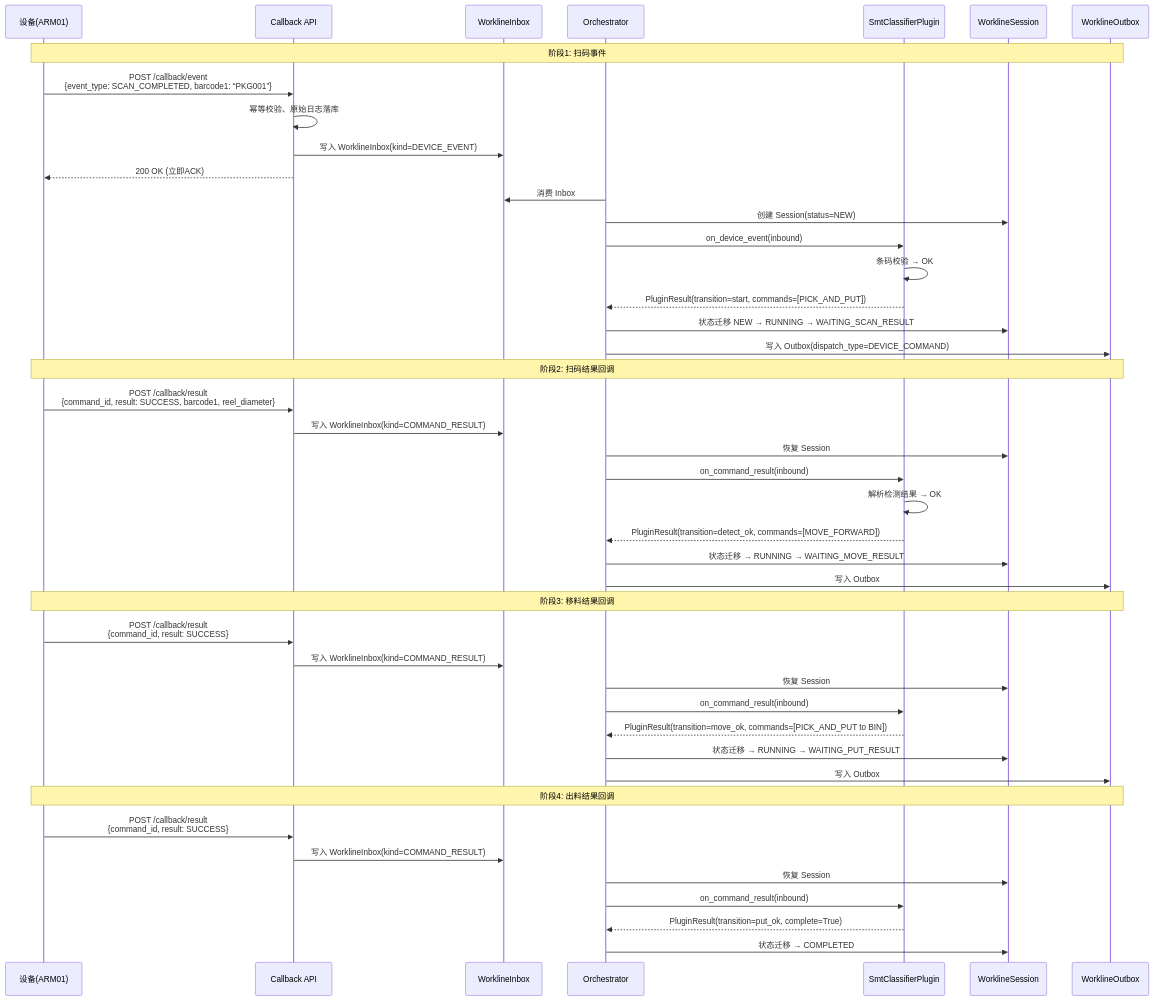
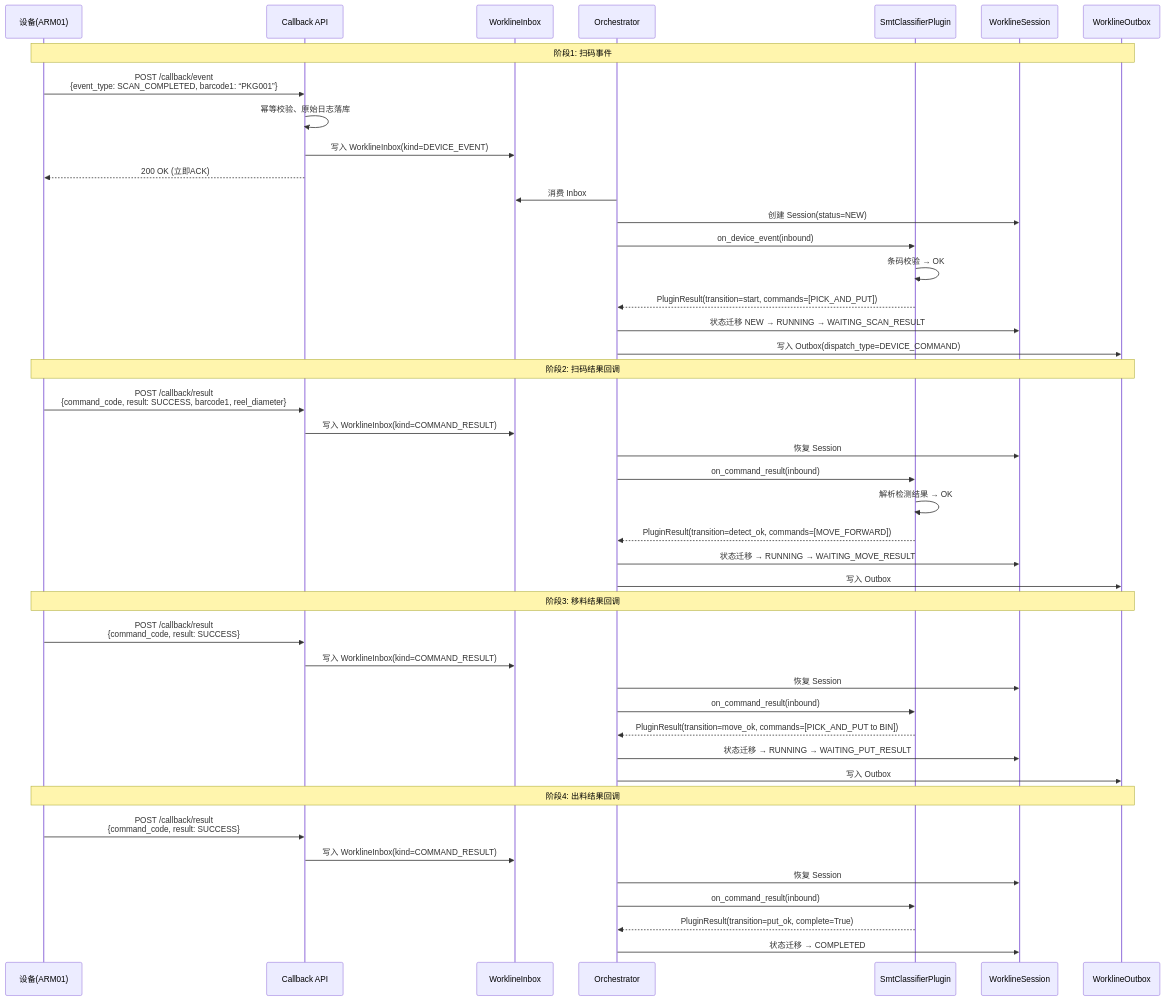
The third of 8 diagrams in docs/hardware/workline_topology_overview.md (kaizhoumasha/wes_backend), drawn with Mermaid before and after one commit. The commit also changed other lines of this file and 6 other files, not shown here.

````diff
--- a/docs/hardware/workline_topology_overview.md
+++ b/docs/hardware/workline_topology_overview.md
@@ -489,51 +499,51 @@
 ```mermaid
 sequenceDiagram
     participant Device as 设备(ARM01)
     participant API as Callback API
     participant Inbox as WorklineInbox
     participant Orch as Orchestrator
     participant Plugin as SmtClassifierPlugin
     participant Session as WorklineSession
     participant Outbox as WorklineOutbox
 
     Note over Device,Outbox: 阶段1: 扫码事件
     Device->>API: POST /callback/event<br/>{event_type: SCAN_COMPLETED, barcode1: “PKG001”}
     API->>API: 幂等校验、原始日志落库
     API->>Inbox: 写入 WorklineInbox(kind=DEVICE_EVENT)
     API-->>Device: 200 OK (立即ACK)
 
     Orch->>Inbox: 消费 Inbox
     Orch->>Session: 创建 Session(status=NEW)
     Orch->>Plugin: on_device_event(inbound)
     Plugin->>Plugin: 条码校验 → OK
     Plugin-->>Orch: PluginResult(transition=start, commands=[PICK_AND_PUT])
     Orch->>Session: 状态迁移 NEW → RUNNING → WAITING_SCAN_RESULT
     Orch->>Outbox: 写入 Outbox(dispatch_type=DEVICE_COMMAND)
 
     Note over Device,Outbox: 阶段2: 扫码结果回调
-    Device->>API: POST /callback/result<br/>{command_id, result: SUCCESS, barcode1, reel_diameter}
+    Device->>API: POST /callback/result<br/>{command_code, result: SUCCESS, barcode1, reel_diameter}
     API->>Inbox: 写入 WorklineInbox(kind=COMMAND_RESULT)
     Orch->>Session: 恢复 Session
     Orch->>Plugin: on_command_result(inbound)
     Plugin->>Plugin: 解析检测结果 → OK
     Plugin-->>Orch: PluginResult(transition=detect_ok, commands=[MOVE_FORWARD])
     Orch->>Session: 状态迁移 → RUNNING → WAITING_MOVE_RESULT
     Orch->>Outbox: 写入 Outbox
 
     Note over Device,Outbox: 阶段3: 移料结果回调
-    Device->>API: POST /callback/result<br/>{command_id, result: SUCCESS}
+    Device->>API: POST /callback/result<br/>{command_code, result: SUCCESS}
     API->>Inbox: 写入 WorklineInbox(kind=COMMAND_RESULT)
     Orch->>Session: 恢复 Session
     Orch->>Plugin: on_command_result(inbound)
     Plugin-->>Orch: PluginResult(transition=move_ok, commands=[PICK_AND_PUT to BIN])
     Orch->>Session: 状态迁移 → RUNNING → WAITING_PUT_RESULT
     Orch->>Outbox: 写入 Outbox
 
     Note over Device,Outbox: 阶段4: 出料结果回调
-    Device->>API: POST /callback/result<br/>{command_id, result: SUCCESS}
+    Device->>API: POST /callback/result<br/>{command_code, result: SUCCESS}
     API->>Inbox: 写入 WorklineInbox(kind=COMMAND_RESULT)
     Orch->>Session: 恢复 Session
     Orch->>Plugin: on_command_result(inbound)
     Plugin-->>Orch: PluginResult(transition=put_ok, complete=True)
     Orch->>Session: 状态迁移 → COMPLETED
 ```
````
